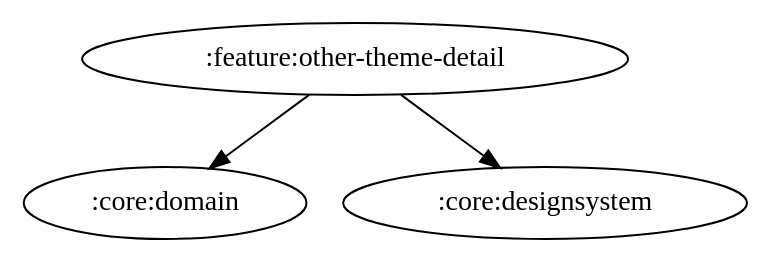
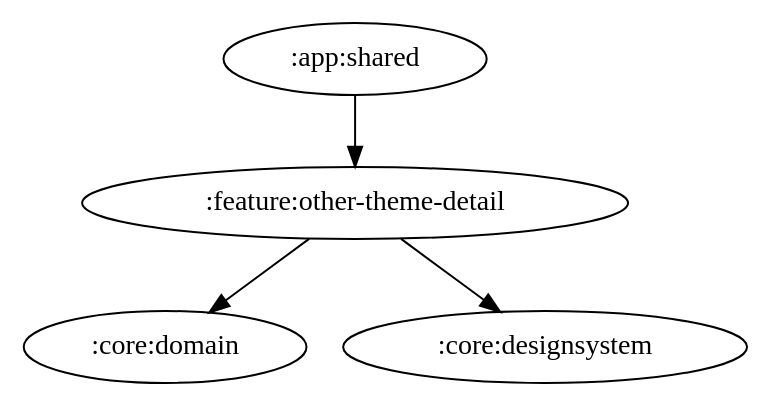
The diagram in docs/graphs/feature-other-theme-detail.gv (ai-kurou/KoDriver), drawn with Graphviz before and after one commit. The commit also changed 5 other files, not shown here.

Commit message:
chore: update module graph images

```diff
--- a/docs/graphs/feature-other-theme-detail.gv
+++ b/docs/graphs/feature-other-theme-detail.gv
@@ -1,5 +1,6 @@
 digraph G {
   rankdir=TB
+  ":app:shared" -> ":feature:other-theme-detail"
   ":feature:other-theme-detail" -> ":core:domain"
   ":feature:other-theme-detail" -> ":core:designsystem"
 }
```
